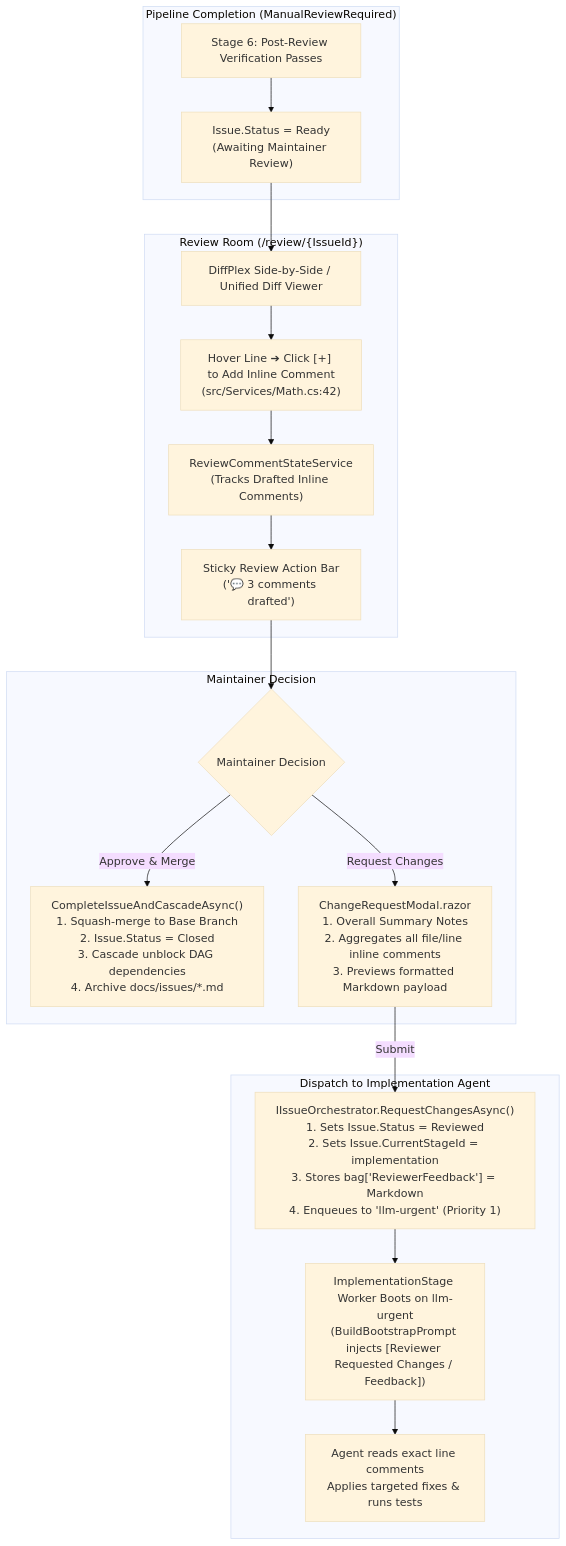
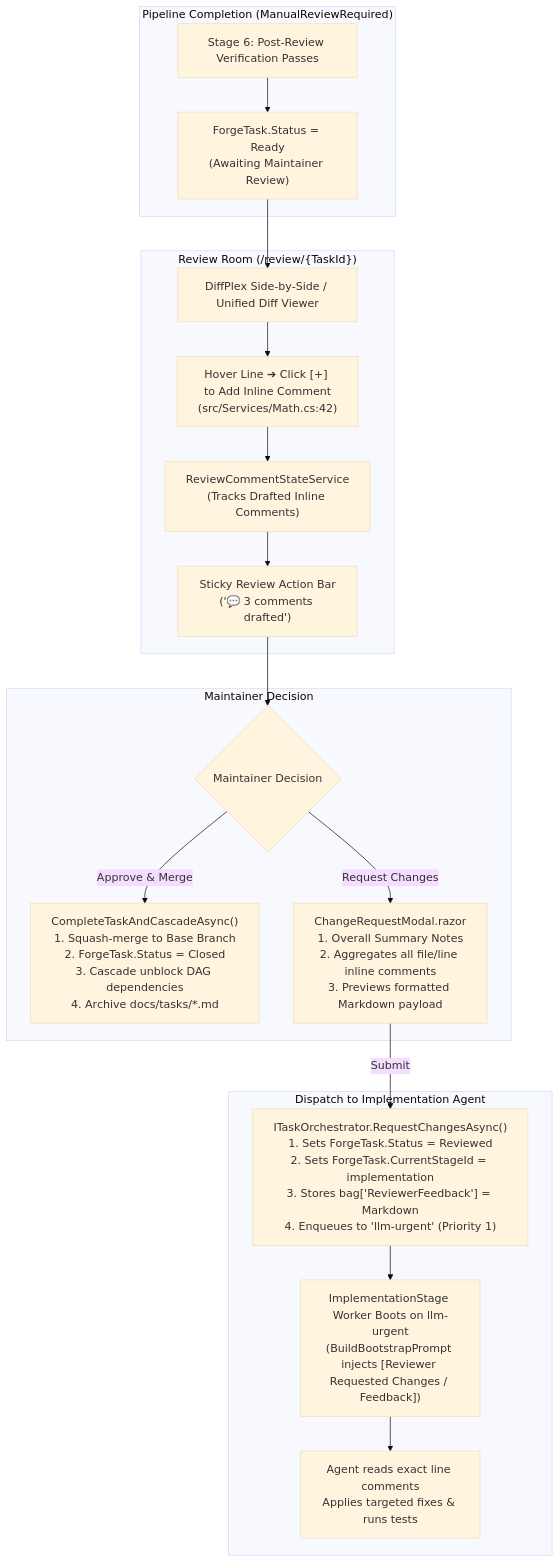
One commit to jetelain/NightCodeForge changed the diagram in docs/plan/phase-5/STEP_5_7_REVIEW_ROOM_AND_MERGE_GATES.md. Above: the diagram before and after it, drawn with Mermaid (base theme). The commit also changed other lines of this file and 151 other files, not shown here.

Commit message:
Issue -> Task

````diff
--- a/docs/plan/phase-5/STEP_5_7_REVIEW_ROOM_AND_MERGE_GATES.md
+++ b/docs/plan/phase-5/STEP_5_7_REVIEW_ROOM_AND_MERGE_GATES.md
@@ -23,28 +23,28 @@
 ```mermaid
 flowchart TD
     subgraph Stage6Ready ["Pipeline Completion (ManualReviewRequired)"]
-        Stage6["Stage 6: Post-Review Verification Passes"] --> ReadyStatus["Issue.Status = Ready\n(Awaiting Maintainer Review)"]
+        Stage6["Stage 6: Post-Review Verification Passes"] --> ReadyStatus["ForgeTask.Status = Ready\n(Awaiting Maintainer Review)"]
     end
 
-    subgraph ReviewRoomUI ["Review Room (/review/{IssueId})"]
+    subgraph ReviewRoomUI ["Review Room (/review/{TaskId})"]
         ReadyStatus --> DiffView["DiffPlex Side-by-Side / Unified Diff Viewer"]
         DiffView --> InlineAction["Hover Line ➔ Click [+] to Add Inline Comment\n(src/Services/Math.cs:42)"]
         InlineAction --> CommentStore["ReviewCommentStateService\n(Tracks Drafted Inline Comments)"]
         CommentStore --> BottomBar["Sticky Review Action Bar\n('💬 3 comments drafted')"]
     end
 
     subgraph ResolutionChoice ["Maintainer Decision"]
         BottomBar --> Decision{"Maintainer Decision"}
         
-        Decision -->|Approve & Merge| ApproveAction["CompleteIssueAndCascadeAsync()\n1. Squash-merge to Base Branch\n2. Issue.Status = Closed\n3. Cascade unblock DAG dependencies\n4. Archive docs/issues/*.md"]
+        Decision -->|Approve & Merge| ApproveAction["CompleteTaskAndCascadeAsync()\n1. Squash-merge to Base Branch\n2. ForgeTask.Status = Closed\n3. Cascade unblock DAG dependencies\n4. Archive docs/tasks/*.md"]
         
         Decision -->|Request Changes| AggregateModal["ChangeRequestModal.razor\n1. Overall Summary Notes\n2. Aggregates all file/line inline comments\n3. Previews formatted Markdown payload"]
     end
 
     subgraph ReworkDispatch ["Dispatch to Implementation Agent"]
-        AggregateModal -->|Submit| RequestChanges["IIssueOrchestrator.RequestChangesAsync()\n1. Sets Issue.Status = Reviewed\n2. Sets Issue.CurrentStageId = implementation\n3. Stores bag['ReviewerFeedback'] = Markdown\n4. Enqueues to 'llm-urgent' (Priority 1)"]
+        AggregateModal -->|Submit| RequestChanges["ITaskOrchestrator.RequestChangesAsync()\n1. Sets ForgeTask.Status = Reviewed\n2. Sets ForgeTask.CurrentStageId = implementation\n3. Stores bag['ReviewerFeedback'] = Markdown\n4. Enqueues to 'llm-urgent' (Priority 1)"]
         
         RequestChanges --> AgentWakeup["ImplementationStage Worker Boots on llm-urgent\n(BuildBootstrapPrompt injects [Reviewer Requested Changes / Feedback])"]
         AgentWakeup --> CodeFix["Agent reads exact line comments\nApplies targeted fixes & runs tests"]
     end
 ```
````
